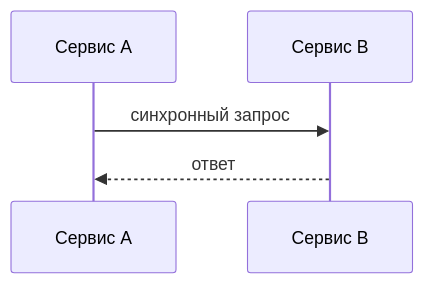
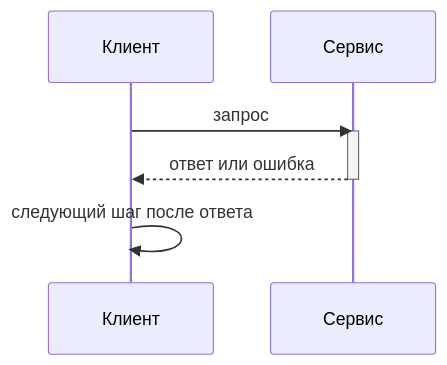
The second of 10 diagrams in lectures/Lec10/vitepress.md (Kert0n/KPO), drawn with Mermaid before and after one commit. The commit also changed other lines of this file and 9 other files, not shown here.

````diff
--- a/lectures/Lec10/vitepress.md
+++ b/lectures/Lec10/vitepress.md
@@ -8,7 +72,10 @@
 ```mermaid
 sequenceDiagram
-    participant A as Сервис A
-    participant B as Сервис B
-    A->>B: синхронный запрос
-    B-->>A: ответ
+    participant Client as Клиент
+    participant Service as Сервис
+    Client->>Service: запрос
+    activate Service
+    Service-->>Client: ответ или ошибка
+    deactivate Service
+    Client->>Client: следующий шаг после ответа
 ```
````
